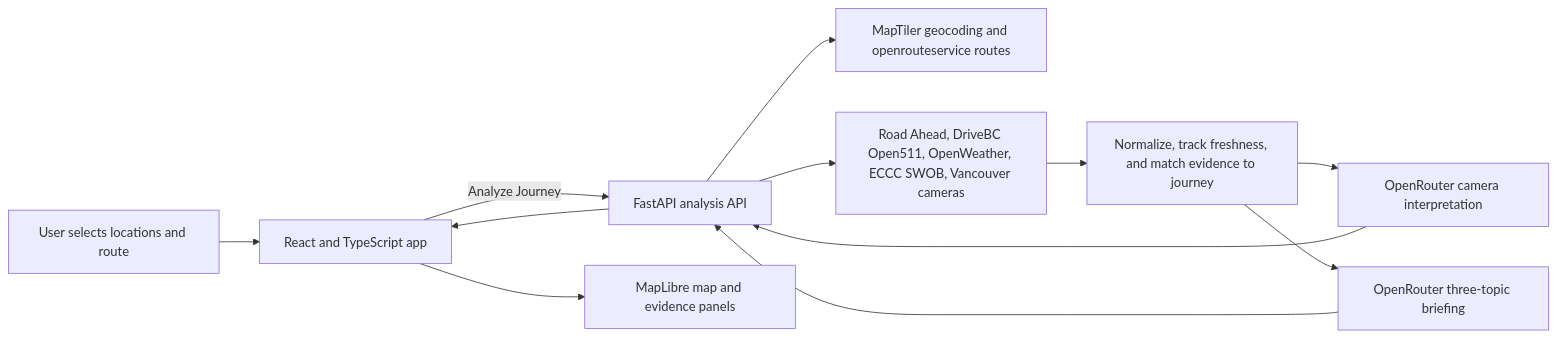
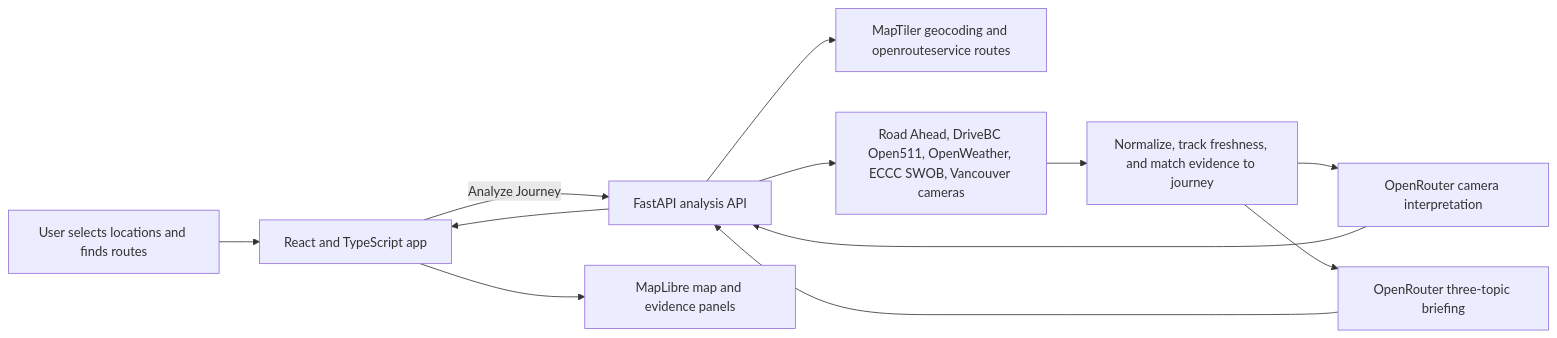
The diagram in README.md (logicevasion/RouteLens_AI), drawn with Mermaid before and after one commit. The commit also changed other lines of this file and 5 other files, not shown here.

````diff
--- a/README.md
+++ b/README.md
@@ -32,14 +32,14 @@
 ```mermaid
 flowchart LR
-  U[User selects locations and route] --> FE[React and TypeScript app]
+  U[User selects locations and finds routes] --> FE[React and TypeScript app]
   FE -->|Analyze Journey| API[FastAPI analysis API]
   API --> GEO[MapTiler geocoding and openrouteservice routes]
   API --> SOURCES[Road Ahead, DriveBC Open511, OpenWeather, ECCC SWOB, Vancouver cameras]
   SOURCES --> N[Normalize, track freshness, and match evidence to journey]
   N --> CV[OpenRouter camera interpretation]
   N --> BR[OpenRouter three-topic briefing]
   CV --> API
   BR --> API
   API --> FE
   FE --> MAP[MapLibre map and evidence panels]
 ```
````
